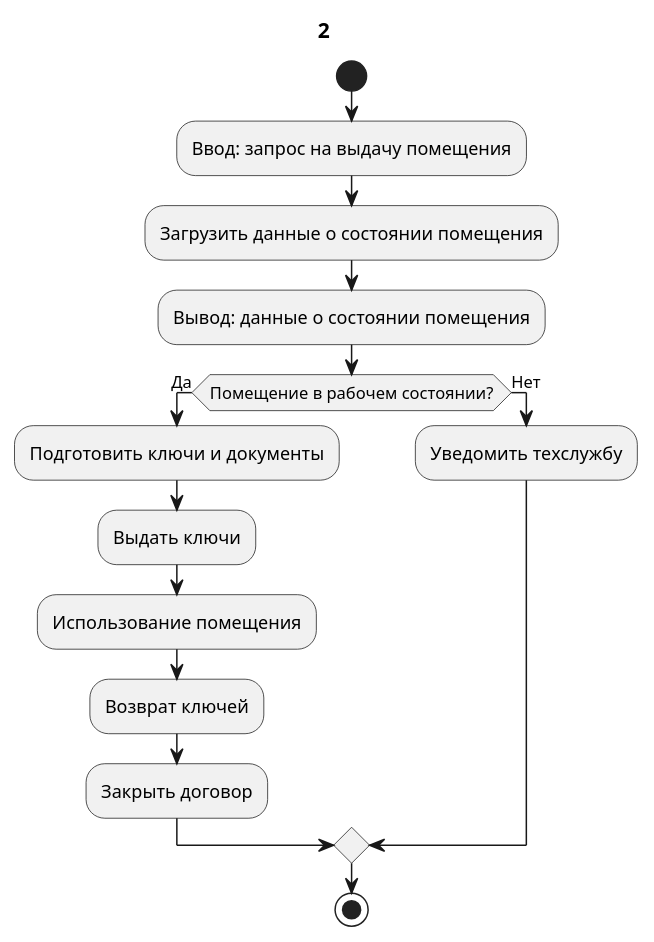
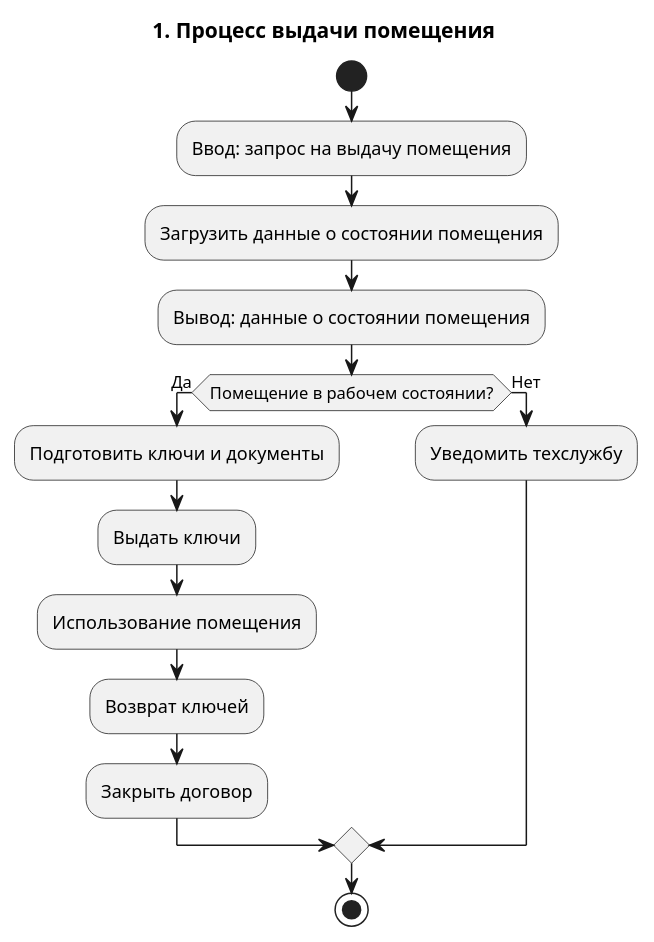
One commit to 1areseon1/gitExample changed the diagram in docs/diagrams/2.puml. Above: the diagram before and after it, drawn with PlantUML. The commit also changed 6 other files, not shown here.

```diff
--- a/docs/diagrams/2.puml
+++ b/docs/diagrams/2.puml
@@ -1,20 +1,24 @@
 @startuml
-title 2
+title 1. Процесс выдачи помещения
 
 start
+
 :Ввод: запрос на выдачу помещения;
+
 :Загрузить данные о состоянии помещения;
+
 :Вывод: данные о состоянии помещения;
 
 if (Помещение в рабочем состоянии?) then (Да)
     :Подготовить ключи и документы;
     :Выдать ключи;
     :Использование помещения;
     :Возврат ключей;
     :Закрыть договор;
 else (Нет)
     :Уведомить техслужбу;
 endif
 
 stop
+
 @enduml
```
